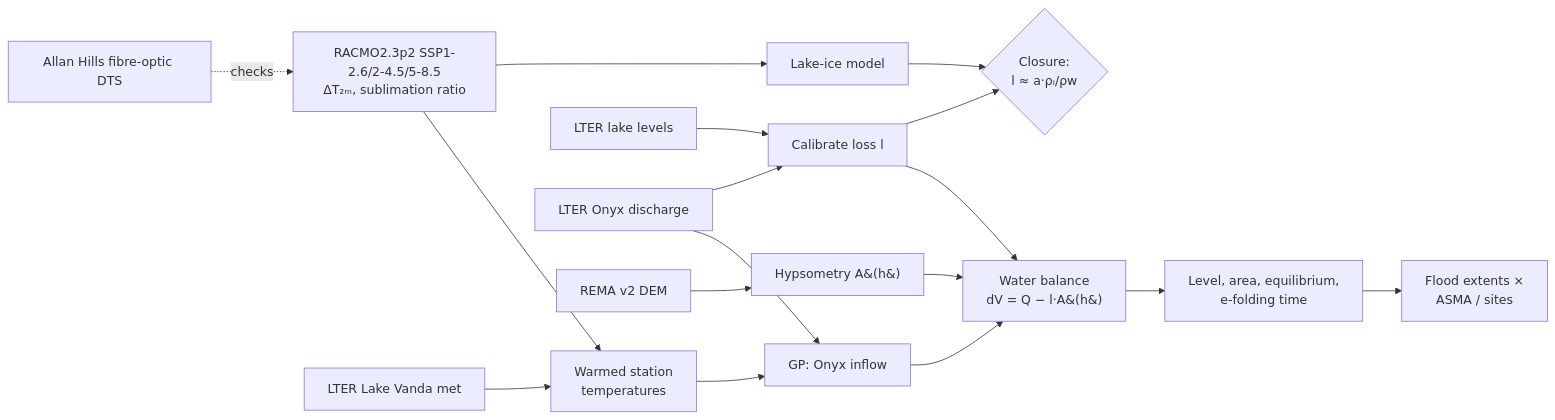
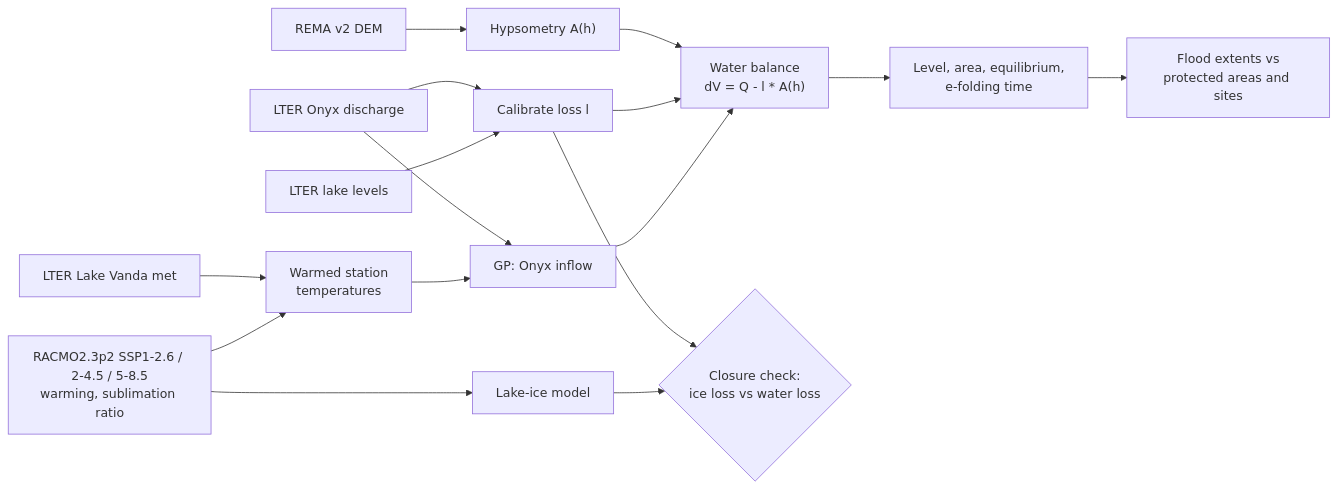
Before and after one commit to alicesailouie/Vanda_rising: the diagram in README.md, drawn with Mermaid. The commit also changed other lines of this file, not shown here.

Commit message:
README: fix Mermaid parse error and drop the fibre-optic section

````diff
--- a/README.md
+++ b/README.md
@@ -32,14 +32,13 @@
 ```mermaid
 flowchart LR
-  RACMO["RACMO2.3p2 SSP1-2.6/2-4.5/5-8.5<br/>ΔT₂ₘ, sublimation ratio"] --> F[Warmed station<br/>temperatures]
-  MET[LTER Lake Vanda met] --> F
-  F --> GPQ[GP: Onyx inflow] --> WB[Water balance<br/>dV = Q − l·A&#40;h&#41;]
-  LV[LTER lake levels] --> CAL[Calibrate loss l] --> WB
-  Q[LTER Onyx discharge] --> GPQ
+  RACMO["RACMO2.3p2 SSP1-2.6 / 2-4.5 / 5-8.5<br/>warming, sublimation ratio"] --> F["Warmed station<br/>temperatures"]
+  MET["LTER Lake Vanda met"] --> F
+  F --> GPQ["GP: Onyx inflow"] --> WB["Water balance<br/>dV = Q - l * A(h)"]
+  LV["LTER lake levels"] --> CAL["Calibrate loss l"] --> WB
+  Q["LTER Onyx discharge"] --> GPQ
   Q --> CAL
-  REMA[REMA v2 DEM] --> H[Hypsometry A&#40;h&#41;] --> WB
-  WB --> P[Level, area, equilibrium,<br/>e-folding time] --> INU[Flood extents ×<br/>ASMA / sites]
-  RACMO --> ICE[Lake-ice model] --> CL{Closure:<br/>l ≈ a·ρᵢ/ρw}
+  REMA["REMA v2 DEM"] --> H["Hypsometry A(h)"] --> WB
+  WB --> P["Level, area, equilibrium,<br/>e-folding time"] --> INU["Flood extents vs<br/>protected areas and sites"]
+  RACMO --> ICE["Lake-ice model"] --> CL{"Closure check:<br/>ice loss vs water loss"}
   CAL --> CL
-  DTS[Allan Hills fibre-optic DTS] -. checks .-> RACMO
 ```
````
